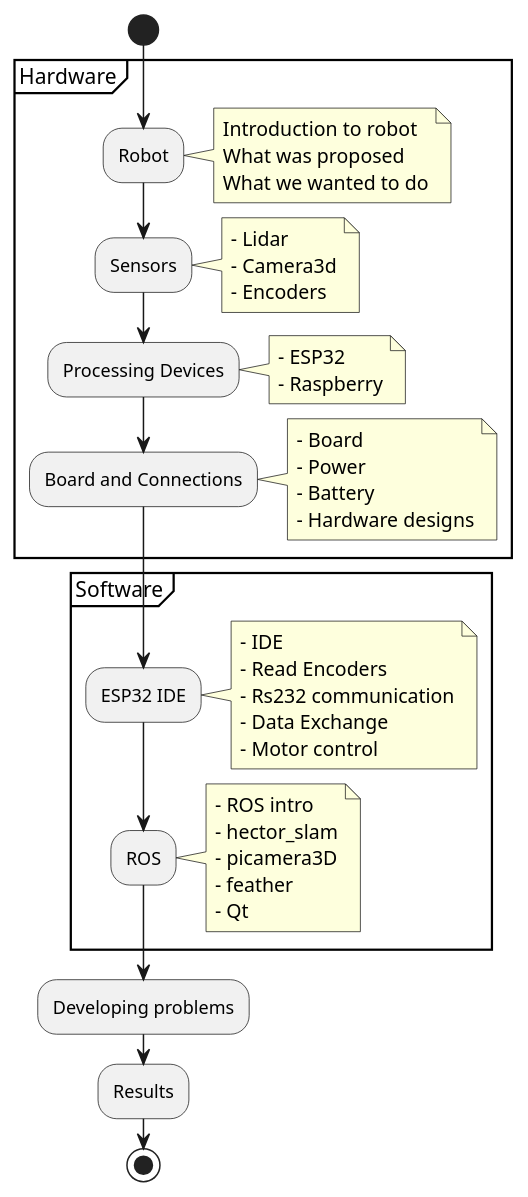
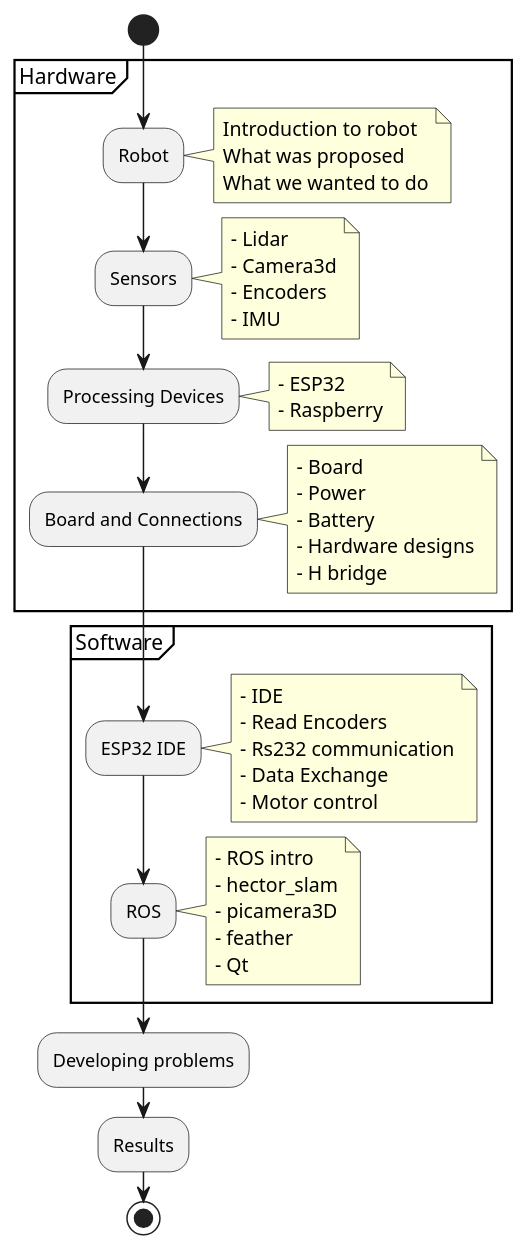
Before and after one commit to PGE-SME-2021/PGE_Robot: the diagram in docs/presentation_prog.iuml, drawn with PlantUML. The commit also changed 7 other files, not shown here.

Commit message:
[UPDATE] UML diagrams #43

```diff
--- a/docs/presentation_prog.iuml
+++ b/docs/presentation_prog.iuml
@@ -1,55 +1,57 @@
 @startuml
 start
 partition Hardware {
 :Robot;
 
 note right
 Introduction to robot
 What was proposed
 What we wanted to do
 end note
 
 :Sensors;
 note right
 - Lidar
 - Camera3d
 - Encoders
+- IMU
 end note
 
 :Processing Devices;
 note right
 - ESP32
 - Raspberry
 end note
 
 :Board and Connections;
 note right
 - Board
 - Power
 - Battery
 - Hardware designs
+- H bridge
 end note
 }
 partition Software {
 :ESP32 IDE;
 note right
 - IDE
 - Read Encoders
 - Rs232 communication
 - Data Exchange
 - Motor control
 end note
 
 :ROS;
 note right
 - ROS intro
 - hector_slam
 - picamera3D
 - feather
 - Qt
 end note
 }
 :Developing problems;
 :Results;
 stop
 @enduml
```
